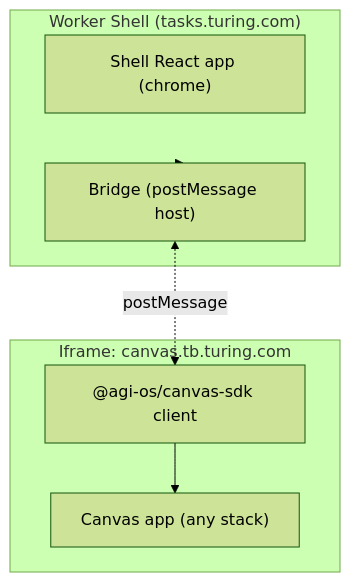
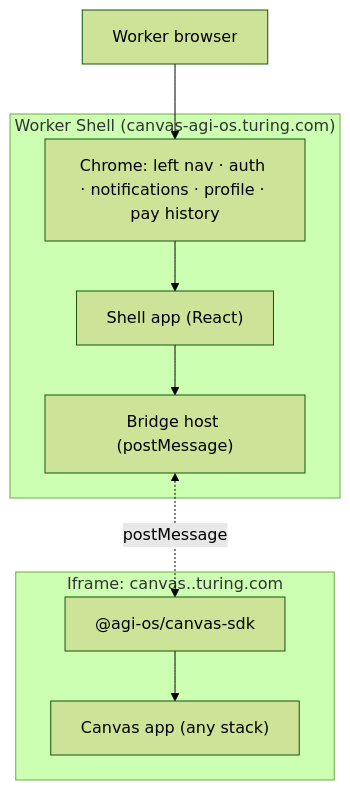
The first of 5 diagrams in AGIOS_PLATFORM/CANVAS_SDK.md (ashutosh-turing/turing-platform-design-doc), drawn with Mermaid (forest theme) before and after one commit. The commit also changed other lines of this file and 3 other files, not shown here.

First line of the commit message:
refactor: AGI-OS platform documentation and architecture

````diff
--- a/AGIOS_PLATFORM/CANVAS_SDK.md
+++ b/AGIOS_PLATFORM/CANVAS_SDK.md
@@ -74,14 +36,18 @@
 ```mermaid
 flowchart TB
-    subgraph Shell["Worker Shell (tasks.turing.com)"]
-        ShellApp["Shell React app (chrome)"]
-        BridgeHost["Bridge (postMessage host)"]
+    Worker[Worker browser]
+    subgraph Shell["Worker Shell (canvas-agi-os.turing.com)"]
+        Chrome["Chrome: left nav · auth · notifications · profile · pay history"]
+        ShellApp["Shell app (React)"]
+        BridgeHost["Bridge host (postMessage)"]
     end
-    subgraph Iframe["Iframe: canvas.tb.turing.com"]
+    subgraph Iframe["Iframe: canvas.<id>.turing.com"]
         CanvasApp["Canvas app (any stack)"]
-        BridgeClient["@agi-os/canvas-sdk client"]
+        BridgeClient["@agi-os/canvas-sdk"]
     end
-    Shell --> BridgeHost
+    Worker --> Chrome
+    Chrome --> ShellApp
+    ShellApp --> BridgeHost
     BridgeHost <-. postMessage .-> BridgeClient
     BridgeClient --> CanvasApp
 ```
````
